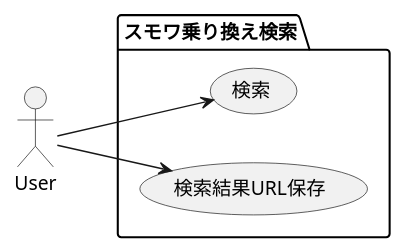
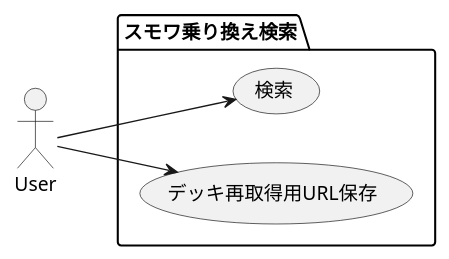
One commit to ikishichi/ygo-small-world-transit changed the first of 6 diagrams in docs/ygo-small-world-transit.md. Above: the diagram before and after it, drawn with PlantUML. The commit also changed other lines of this file and 2 other files, not shown here.

````diff
--- a/docs/ygo-small-world-transit.md
+++ b/docs/ygo-small-world-transit.md
@@ -5,14 +5,14 @@
 ```plantuml
 @startuml
 left to right direction
 :User: as user
 
 package "スモワ乗り換え検索" {
     (検索) as uc1
-    (検索結果URL保存) as uc2
+    (デッキ再取得用URL保存) as uc2
 }
 user --> uc1
 user --> uc2
 
 @enduml
 ```
````
